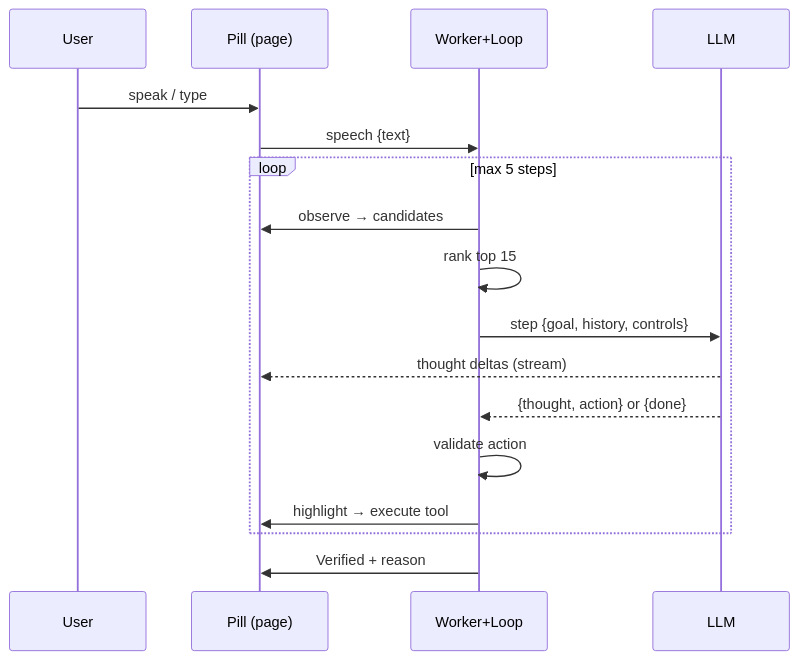
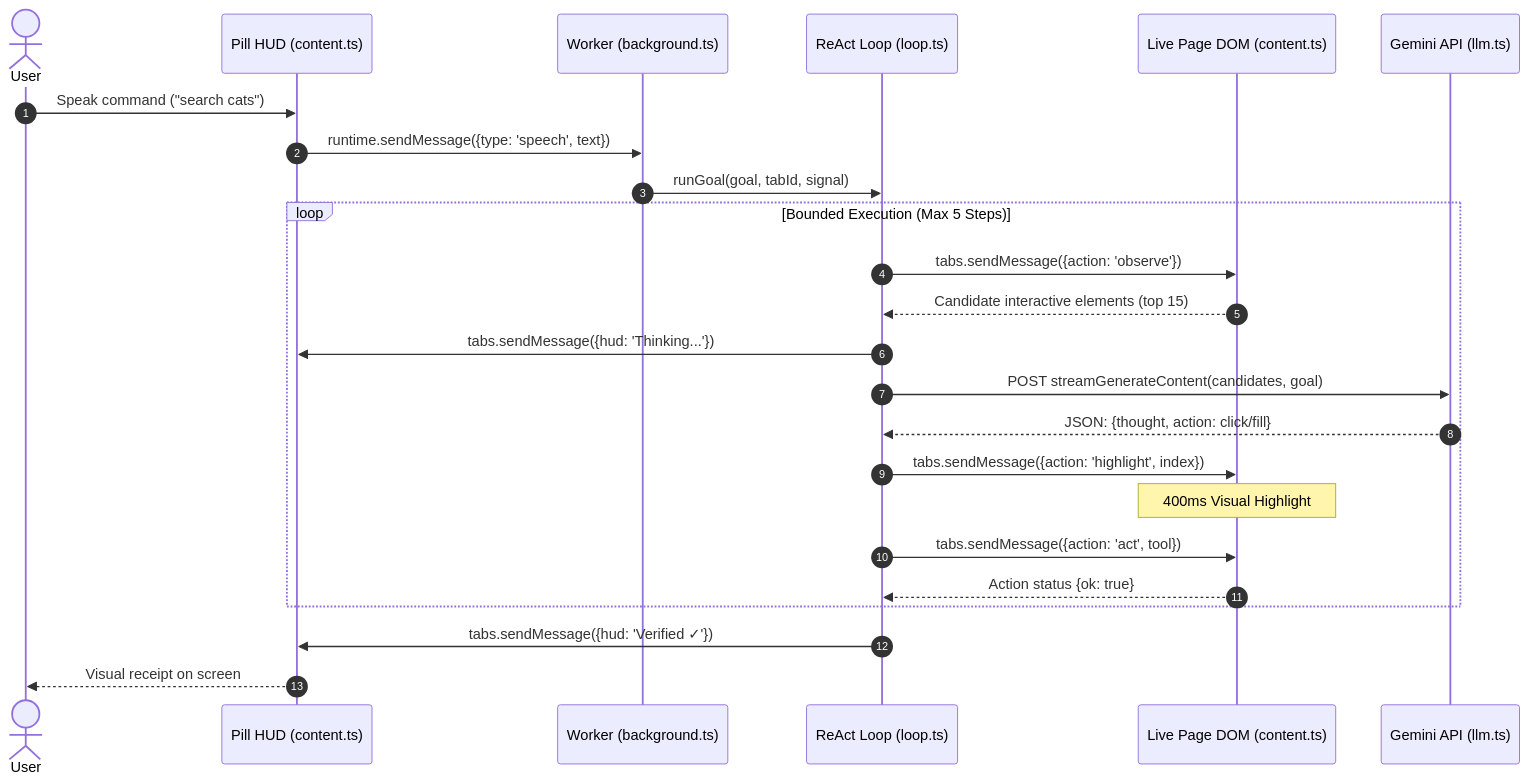
Before and after one commit to kushgbisen/HandsFree: the second of 3 diagrams in SRS.md, drawn with Mermaid. The commit also changed other lines of this file and 10 other files, not shown here.

````diff
--- a/SRS.md
+++ b/SRS.md
@@ -140,19 +142,29 @@
 ```mermaid
 sequenceDiagram
-    participant U as User
-    participant P as Pill (page)
-    participant W as Worker+Loop
-    participant L as LLM
-    U->>P: speak / type
-    P->>W: speech {text}
-    loop max 5 steps
-        W->>P: observe → candidates
-        W->>W: rank top 15
-        W->>L: step {goal, history, controls}
-        L-->>P: thought deltas (stream)
-        L-->>W: {thought, action} or {done}
-        W->>W: validate action
-        W->>P: highlight → execute tool
+    autonumber
+    actor U as User
+    participant P as Pill HUD (content.ts)
+    participant W as Worker (background.ts)
+    participant L as ReAct Loop (loop.ts)
+    participant D as Live Page DOM (content.ts)
+    participant AI as Gemini API (llm.ts)
+
+    U->>P: Speak command ("search cats")
+    P->>W: runtime.sendMessage({type: 'speech', text})
+    W->>L: runGoal(goal, tabId, signal)
+
+    loop Bounded Execution (Max 5 Steps)
+        L->>D: tabs.sendMessage({action: 'observe'})
+        D-->>L: Candidate interactive elements (top 15)
+        L->>P: tabs.sendMessage({hud: 'Thinking...'})
+        L->>AI: POST streamGenerateContent(candidates, goal)
+        AI-->>L: JSON: {thought, action: click/fill}
+        L->>D: tabs.sendMessage({action: 'highlight', index})
+        Note over D: 400ms Visual Highlight
+        L->>D: tabs.sendMessage({action: 'act', tool})
+        D-->>L: Action status {ok: true}
     end
-    W->>P: Verified + reason
+
+    L->>P: tabs.sendMessage({hud: 'Verified ✓'})
+    P-->>U: Visual receipt on screen
 ```
````
